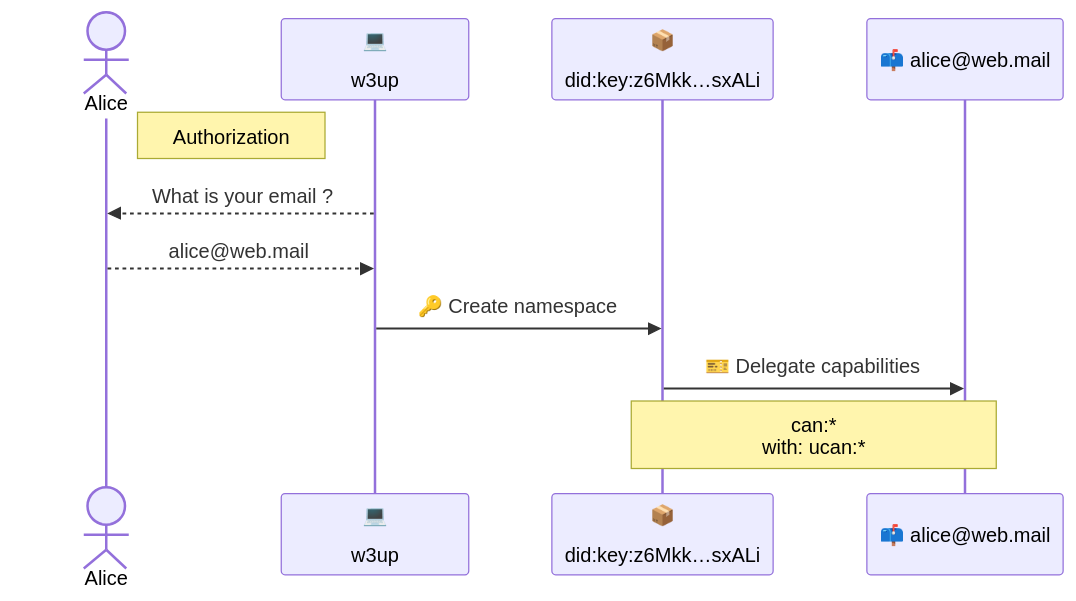
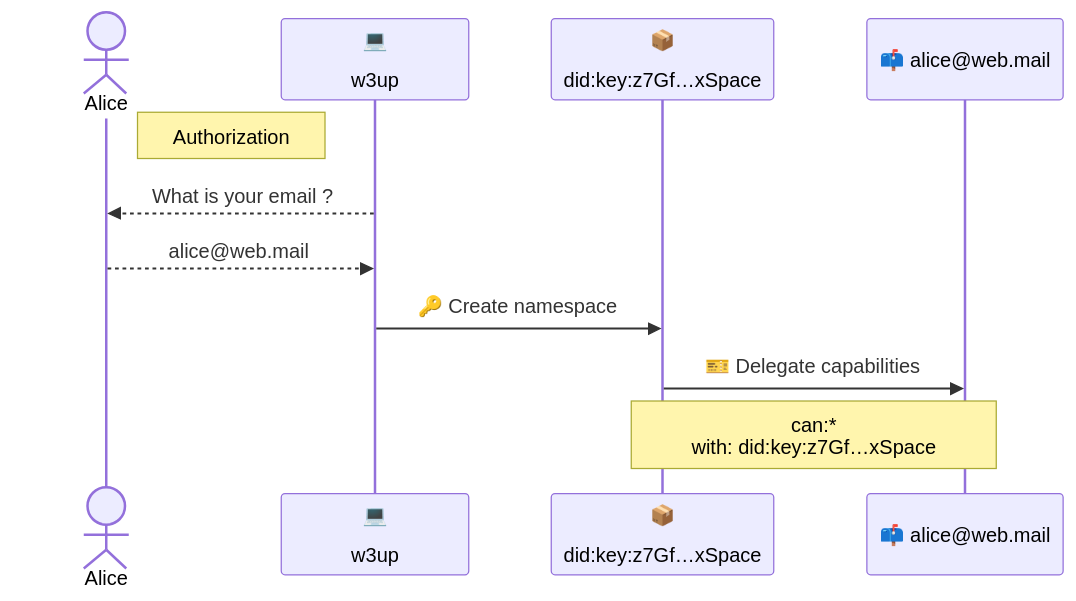
One commit to storacha/specs changed the first of 2 diagrams in w3-account.md. Above: the diagram before and after it, drawn with Mermaid. The commit also changed other lines of this file and 2 other files, not shown here.

````diff
--- a/w3-account.md
+++ b/w3-account.md
@@ -65,16 +97,16 @@
 ```mermaid
 sequenceDiagram
 actor Alice
 participant App as 💻<br/><br/>w3up #32;
-participant Space as 📦<br/><br/>did:key:z6Mkk…sxALi
+participant Space as 📦<br/><br/>did:key:z7Gf…xSpace
 participant Email as 📫 alice@web.mail
 
 
 Note right of Alice: Authorization
 App -->> Alice: What is your email ?
 Alice -->> App: alice@web.mail
 App->>Space:🔑 Create namespace
 
 Space ->> Email: 🎫 Delegate capabilities
-note over Space,Email:can:*<br/>with: ucan:*
+note over Space,Email:can:*<br/>with: did:key:z7Gf…xSpace
 ```
````
